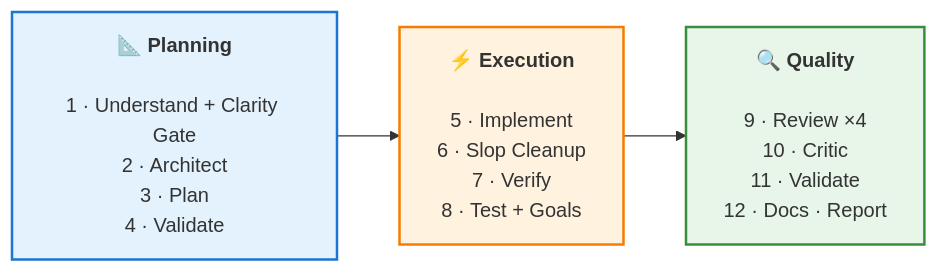
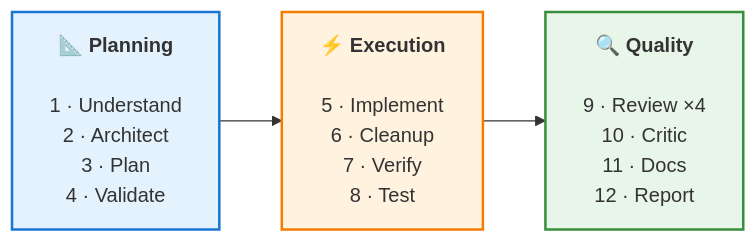
The diagram in README.md (RaNDoM6913/claude-code-superkit), drawn with Mermaid before and after one commit.

Commit message:
fix: shorten mermaid /dev diagram labels to prevent GitHub UI overlap

````diff
--- a/README.md
+++ b/README.md
@@ -86,12 +86,12 @@
 ```mermaid
 graph LR
     P -->|" "| E -->|" "| Q
 
-    P["📐 <b>Planning</b><br/><br/>1 · Understand + Clarity Gate<br/>2 · Architect<br/>3 · Plan<br/>4 · Validate"]
-    E["⚡ <b>Execution</b><br/><br/>5 · Implement<br/>6 · Slop Cleanup<br/>7 · Verify<br/>8 · Test + Goals"]
-    Q["🔍 <b>Quality</b><br/><br/>9 · Review ×4<br/>10 · Critic<br/>11 · Validate<br/>12 · Docs · Report"]
+    P["📐 <b>Planning</b><br/><br/>1 · Understand<br/>2 · Architect<br/>3 · Plan<br/>4 · Validate"]
+    E["⚡ <b>Execution</b><br/><br/>5 · Implement<br/>6 · Cleanup<br/>7 · Verify<br/>8 · Test"]
+    Q["🔍 <b>Quality</b><br/><br/>9 · Review ×4<br/>10 · Critic<br/>11 · Docs<br/>12 · Report"]
 
     style P fill:#e3f2fd,stroke:#1976D2,stroke-width:2px,color:#333
     style E fill:#fff3e0,stroke:#F57C00,stroke-width:2px,color:#333
     style Q fill:#e8f5e9,stroke:#388E3C,stroke-width:2px,color:#333
 ```
````
